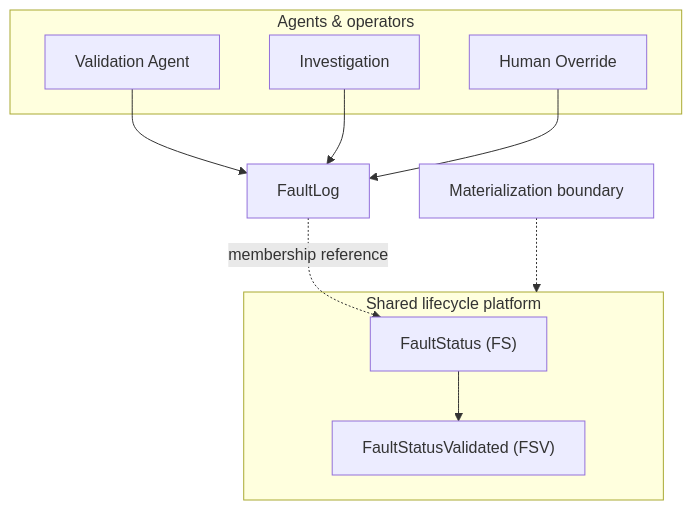
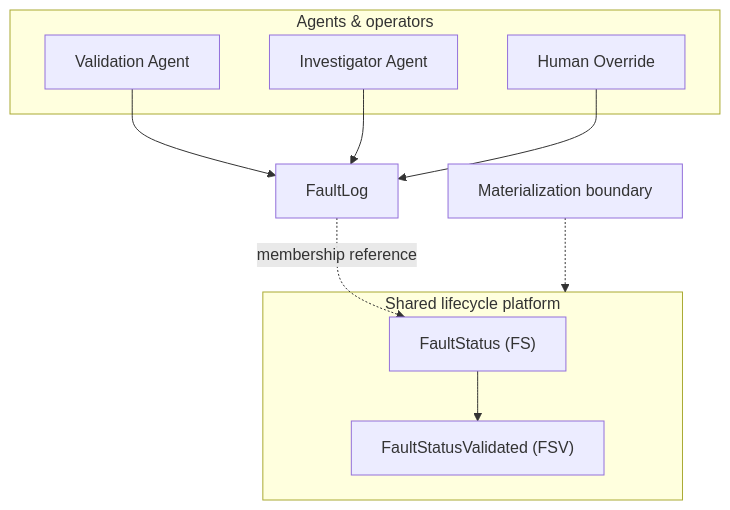
The first of 2 diagrams in README.md (Krishna13M/agent-driven-fault-lifecycle), drawn with Mermaid before and after one commit. The commit also changed other lines of this file, not shown here.

````diff
--- a/README.md
+++ b/README.md
@@ -63,24 +31,24 @@
 ```mermaid
 flowchart TD
     subgraph agents["Agents & operators"]
         VA["Validation Agent"]
-        INV["Investigation"]
+        INV["Investigator Agent"]
         HO["Human Override"]
     end
 
     FL["FaultLog"]
 
     subgraph platform["Shared lifecycle platform"]
         FS["FaultStatus (FS)"]
         FSV["FaultStatusValidated (FSV)"]
     end
 
     VA --> FL
     INV --> FL
     HO --> FL
 
     FL -.->|"membership reference"| FS
     FS --> FSV
 
     MAT["Materialization boundary"] -.-> platform
 ```
````
